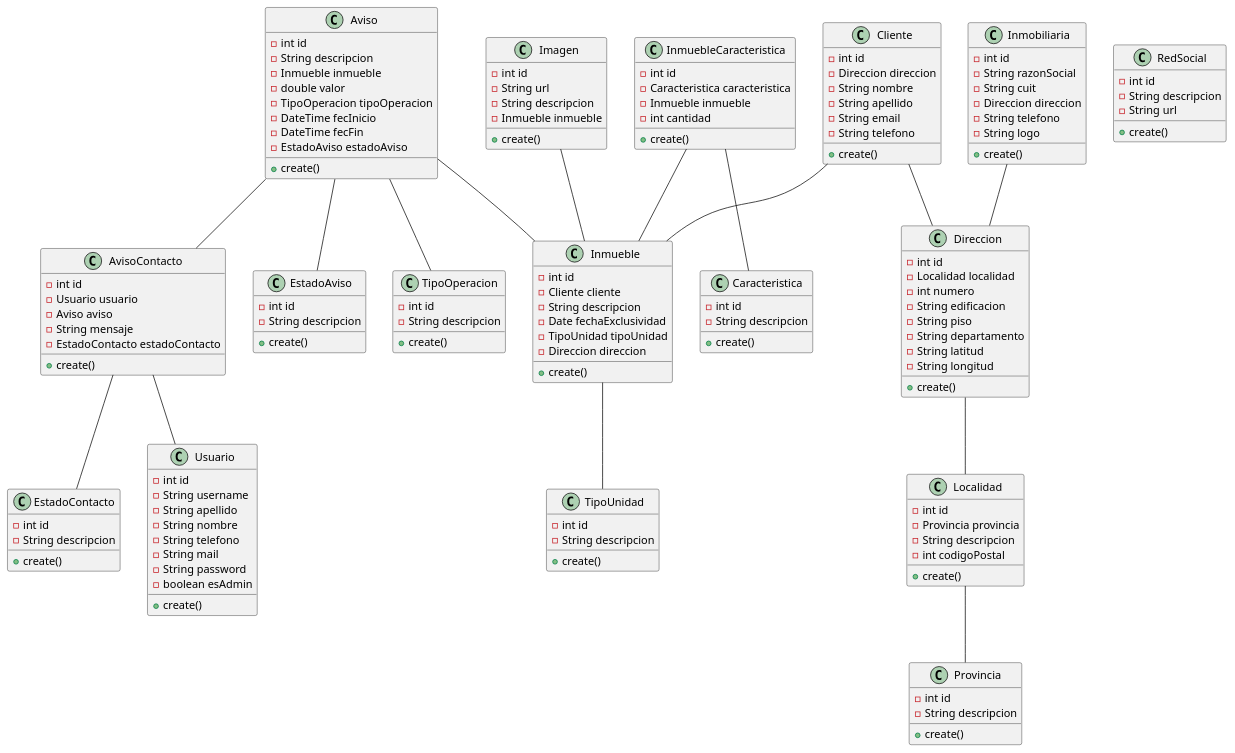
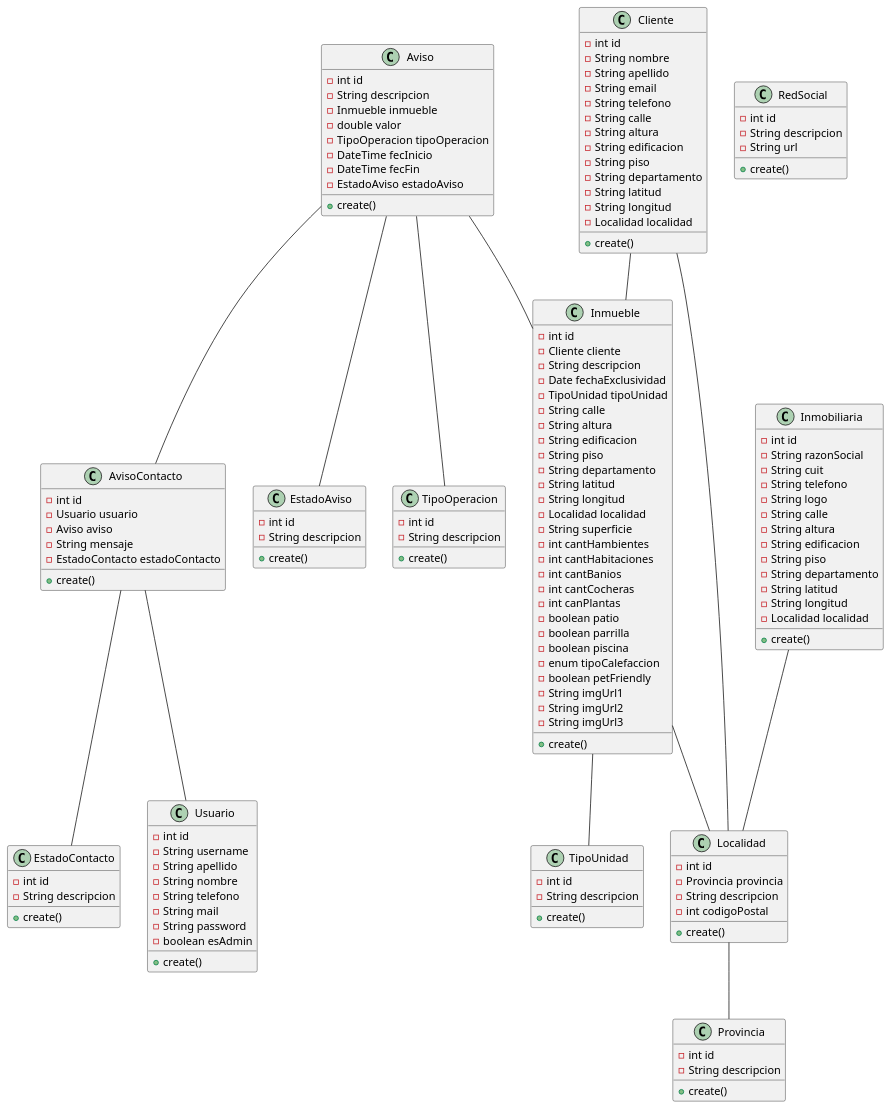
The diagram in module-simple/src/main/java/domainapp/modules/simple/dom/DiagramaClases.puml (Cancerberos/inmobiliaria), drawn with PlantUML before and after one commit.

Commit message:
ISSUE #37: Actualizacion Diagrama de Clases.

```diff
--- a/module-simple/src/main/java/domainapp/modules/simple/dom/DiagramaClases.puml
+++ b/module-simple/src/main/java/domainapp/modules/simple/dom/DiagramaClases.puml
@@ -1,154 +1,157 @@
 @startuml
 'https://plantuml.com/class-diagram
 
 class Aviso {
 - int id
 - String descripcion
 - Inmueble inmueble
 - double valor
 - TipoOperacion tipoOperacion
 - DateTime fecInicio
 - DateTime fecFin
 - EstadoAviso estadoAviso
 +create()
 }
 class AvisoContacto {
 -int id
 -Usuario usuario
 -Aviso aviso
 -String mensaje
 -EstadoContacto estadoContacto
 +create()
 }
-class Caracteristica{
--int id
--String descripcion
-+create()
-}
+
 class Cliente{
 -int id
--Direccion direccion
 -String nombre
 -String apellido
 -String email
 -String telefono
-+create()
-}
-class Direccion{
--int id
--Localidad localidad
--int numero
+-String calle
+-String altura
 -String edificacion
 -String piso
 -String departamento
 -String latitud
 -String longitud
+-Localidad localidad
 +create()
 }
 class EstadoAviso{
 -int id
 -String descripcion
 +create()
 }
 class EstadoContacto{
 -int id
 -String descripcion
 +create()
 }
-class Imagen{
--int id
--String url
--String descripcion
--Inmueble inmueble
-+create()
-}
 class Inmobiliaria {
 -int id
 -String razonSocial
 -String cuit
--Direccion direccion
 -String telefono
 -String logo
+-String calle
+-String altura
+-String edificacion
+-String piso
+-String departamento
+-String latitud
+-String longitud
+-Localidad localidad
 +create()
 }
 class Inmueble {
 -int id
 -Cliente cliente
 -String descripcion
 -Date fechaExclusividad
 -TipoUnidad tipoUnidad
--Direccion direccion
+-String calle
+-String altura
+-String edificacion
+-String piso
+-String departamento
+-String latitud
+-String longitud
+-Localidad localidad
+-String superficie
+-int cantHambientes
+-int cantHabitaciones
+-int cantBanios
+-int cantCocheras
+-int canPlantas
+-boolean patio
+-boolean parrilla
+-boolean piscina
+-enum tipoCalefaccion
+-boolean petFriendly
+-String imgUrl1
+-String imgUrl2
+-String imgUrl3
 +create()
 }
-class InmuebleCaracteristica {
--int id
--Caracteristica caracteristica
--Inmueble inmueble
--int cantidad
-+create()
-}
+
 class Localidad {
 -int id
 -Provincia provincia
 -String descripcion
 -int codigoPostal
 +create()
 }
 class Provincia {
 -int id
 -String descripcion
 +create()
 }
 class RedSocial {
 -int id
 -String descripcion
 -String url
 +create()
 }
 class TipoOperacion {
 -int id
 -String descripcion
 +create()
 }
 class TipoUnidad {
 -int id
 -String descripcion
 +create()
 }
 class Usuario {
 -int id
 -String username
 -String apellido
 -String nombre
 -String telefono
 -String mail
 -String password
 -boolean esAdmin
 +create()
 }
 
 Aviso -- AvisoContacto
 Aviso -- Inmueble
 Aviso -- TipoOperacion
 Aviso -- EstadoAviso
 
 AvisoContacto -- Usuario
 AvisoContacto -- EstadoContacto
 
-Cliente -- Direccion
+
 Cliente -- Inmueble
 
 Inmueble -- TipoUnidad
+Inmueble -- Localidad
+Inmobiliaria -- Localidad
 
-InmuebleCaracteristica -- Caracteristica
-InmuebleCaracteristica -- Inmueble
-Imagen -- Inmueble
-
-Inmobiliaria -- Direccion
-
-Direccion -- Localidad
+Cliente -- Localidad
 Localidad -- Provincia
 
 
 
 @enduml
```
